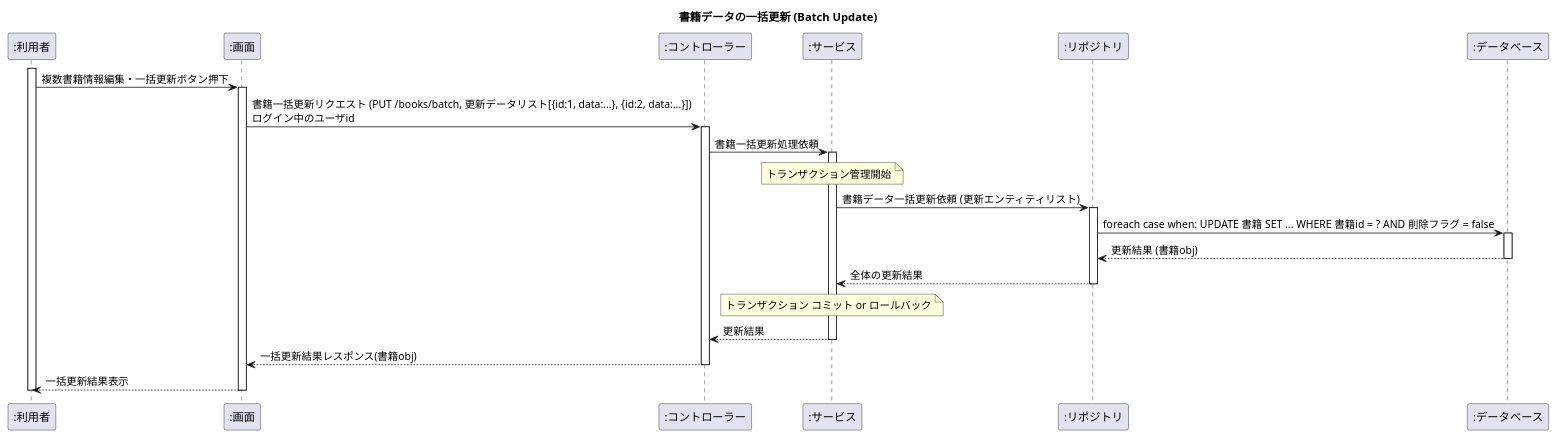
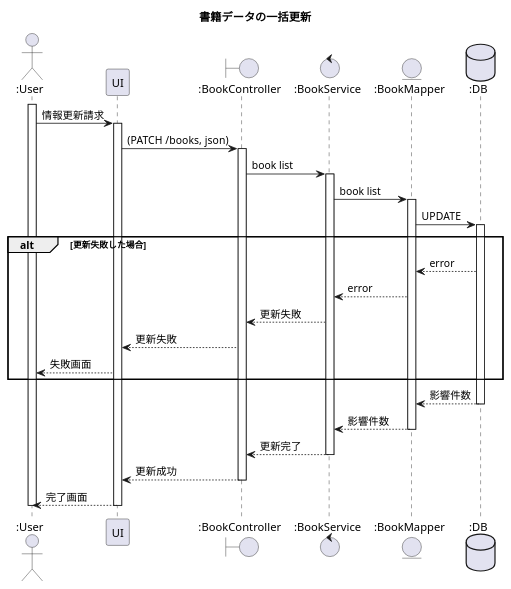
Before and after one commit to kien-ri/demo: the diagram in document/book/updateBooks.puml, drawn with PlantUML. The commit also changed 4 other files, not shown here.

```diff
--- a/document/book/updateBooks.puml
+++ b/document/book/updateBooks.puml
@@ -1,27 +1,34 @@
 @startuml updateBooks
 
-title 書籍データの一括更新 (Batch Update)
+title 書籍データの一括更新
 
-participant ":利用者" as User
-participant ":画面" as UI
-participant ":コントローラー" as Controller
-participant ":サービス" as Service
-participant ":リポジトリ" as Repo
-participant ":データベース" as DB
+actor ":User" as User
+participant "UI" as UI
+boundary ":BookController" as BookController
+control ":BookService" as BookService
+entity ":BookMapper" as BookMapper
+database ":DB" as DB
 
 activate User
-User -> UI ++ : 複数書籍情報編集・一括更新ボタン押下
-UI -> Controller ++ : 書籍一括更新リクエスト (PUT /books/batch, 更新データリスト[{id:1, data:...}, {id:2, data:...}])\nログイン中のユーザid
-Controller -> Service ++ : 書籍一括更新処理依頼
-note over Service :トランザクション管理開始
-Service -> Repo ++ : 書籍データ一括更新依頼 (更新エンティティリスト)
-Repo -> DB ++ : foreach case when: UPDATE 書籍 SET ... WHERE 書籍id = ? AND 削除フラグ = false
-DB --> Repo -- : 更新結果 (書籍obj)
-Repo --> Service -- : 全体の更新結果
-note over Service : トランザクション コミット or ロールバック
-Service --> Controller -- : 更新結果
-Controller --> UI -- : 一括更新結果レスポンス(書籍obj)
-UI --> User -- : 一括更新結果表示
+User -> UI ++ : 情報更新請求
+UI -> BookController ++ : (PATCH /books, json)
+BookController -> BookService ++ : book list
+BookService -> BookMapper ++ : book list
+BookMapper -> DB ++ : UPDATE
+
+alt 更新失敗した場合
+    DB --> BookMapper : error
+    BookMapper --> BookService : error
+    BookService --> BookController : 更新失敗
+    BookController --> UI : 更新失敗
+    UI --> User : 失敗画面
+end
+
+DB --> BookMapper -- : 影響件数
+BookMapper --> BookService -- : 影響件数
+BookService --> BookController -- : 更新完了
+BookController --> UI -- : 更新成功
+UI --> User -- : 完了画面
 deactivate User
 
 @enduml
```
